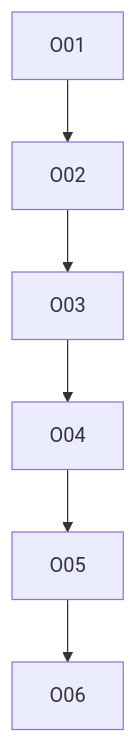
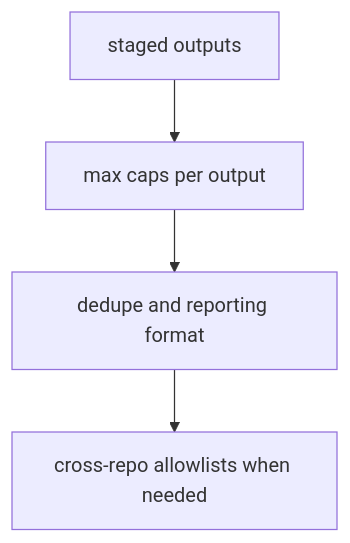
One commit to svennijhuis/agentic-workflows changed the diagram in docs/pbi/safe-outputs/00-overview.md. Above: the diagram before and after it, drawn with Mermaid. The commit also changed other lines of this file and 986 other files, not shown here.

````diff
--- a/docs/pbi/safe-outputs/00-overview.md
+++ b/docs/pbi/safe-outputs/00-overview.md
@@ -16,9 +13,6 @@
 ```mermaid
 flowchart TD
-  O01[O01] --> O02[O02]
-  O02[O02] --> O03[O03]
-  O03[O03] --> O04[O04]
-  O04[O04] --> O05[O05]
-  O05[O05] --> O06[O06]
-  O06[O06]
+  ST[staged outputs] --> CAP[max caps per output]
+  CAP --> DD[dedupe and reporting format]
+  DD --> XR[cross-repo allowlists when needed]
 ```
````
